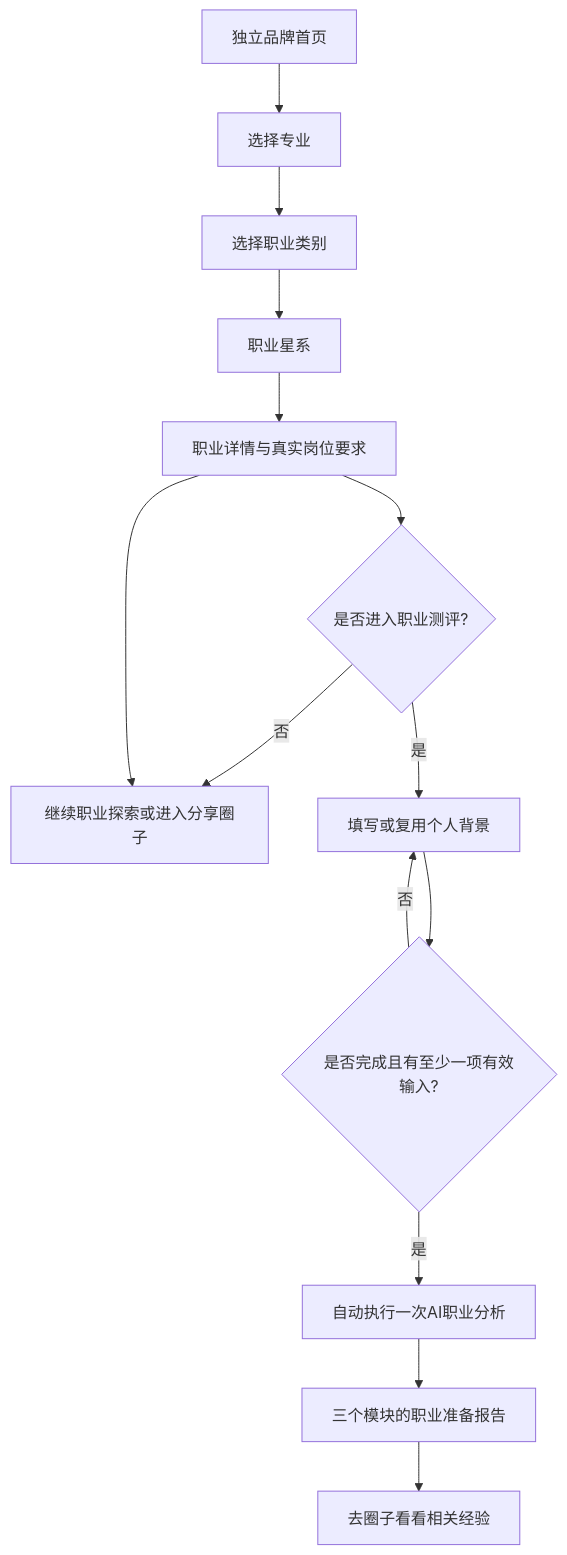
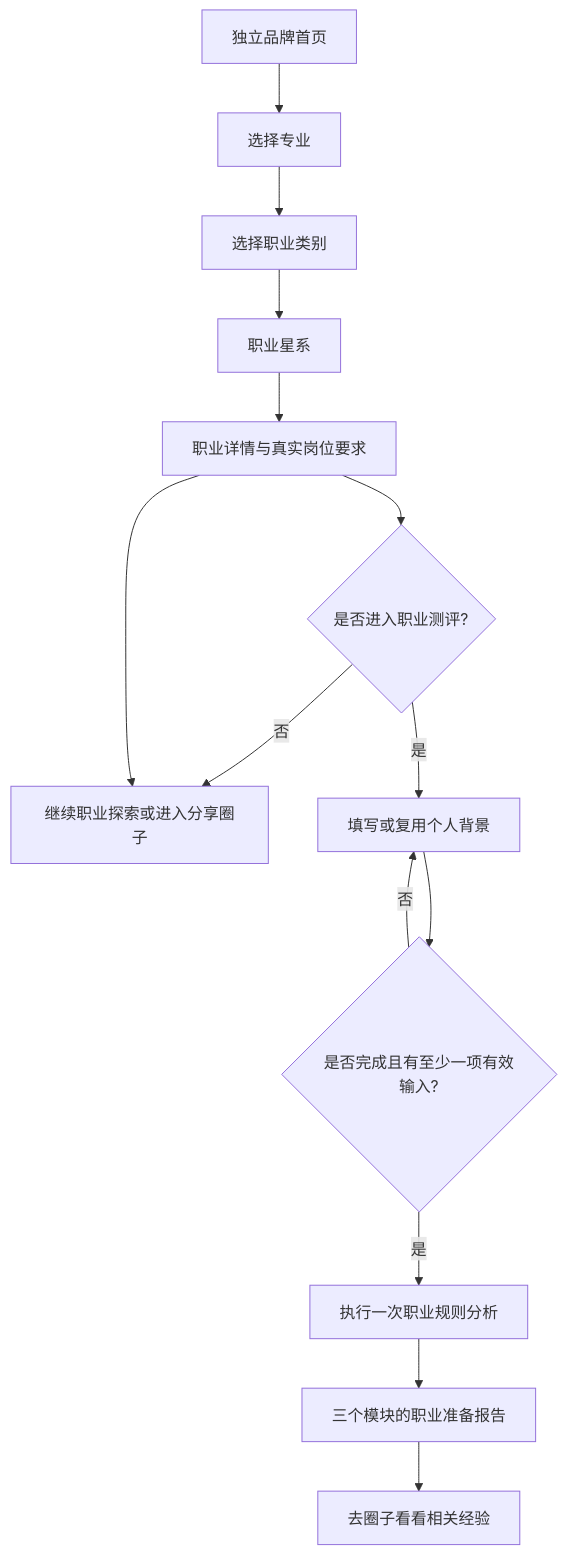
Before and after one commit to zhangyue2029-cmd/our_website: the first of 2 diagrams in docs/去向_PRD_V2.0.md, drawn with Mermaid. The commit also changed other lines of this file and 14 other files, not shown here.

````diff
--- a/docs/去向_PRD_V2.0.md
+++ b/docs/去向_PRD_V2.0.md
@@ -125,16 +125,16 @@
 ```mermaid
 flowchart TD
   A[独立品牌首页] --> B[选择专业]
   B --> C[选择职业类别]
   C --> D[职业星系]
   D --> E[职业详情与真实岗位要求]
   E --> F{是否进入职业测评?}
   F -->|否| G[继续职业探索或进入分享圈子]
   F -->|是| H[填写或复用个人背景]
   H --> I{是否完成且有至少一项有效输入?}
   I -->|否| H
-  I -->|是| J[自动执行一次AI职业分析]
+  I -->|是| J[执行一次职业规则分析]
   J --> K[三个模块的职业准备报告]
   K --> L[去圈子看看相关经验]
   E --> G
 ```
````
